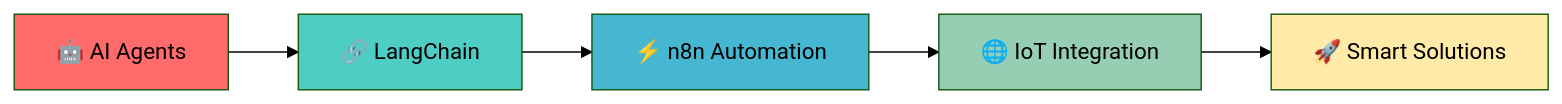
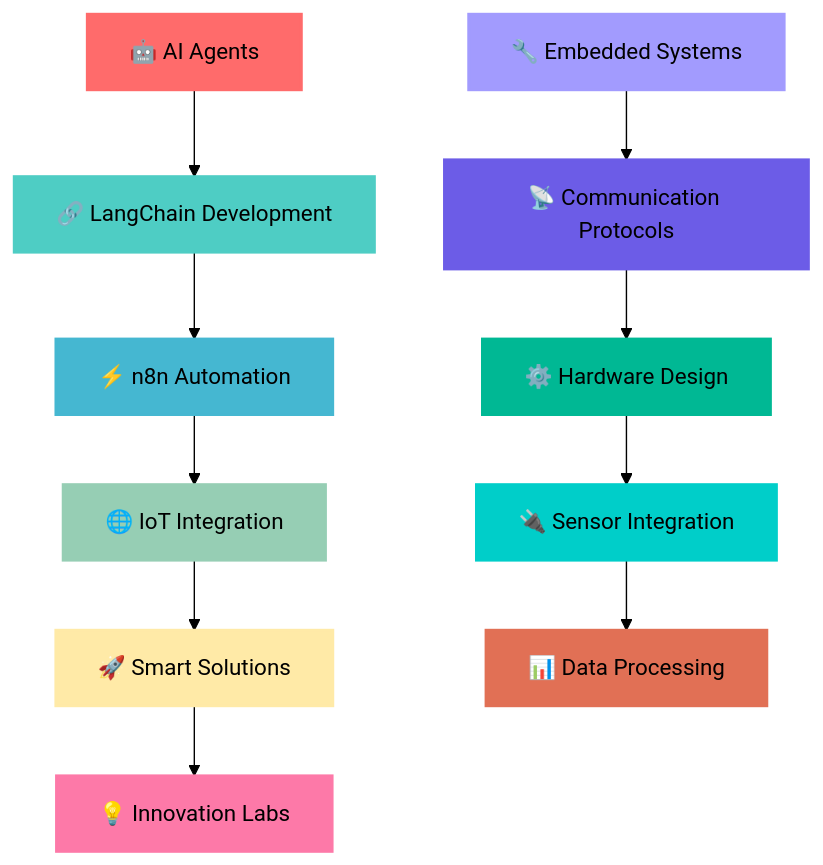
The diagram in README.md (SomanathPattanashetti/About-Me), drawn with Mermaid (forest theme) before and after one commit. The commit also changed other lines of this file, not shown here.

````diff
--- a/README.md
+++ b/README.md
@@ -187,13 +233,25 @@
 ```mermaid
-graph LR
-    A[🤖 AI Agents] --> B[🔗 LangChain]
+graph TD
+    A[🤖 AI Agents] --> B[🔗 LangChain Development]
     B --> C[⚡ n8n Automation]
     C --> D[🌐 IoT Integration]
     D --> E[🚀 Smart Solutions]
+    E --> F[💡 Innovation Labs]
     
-    style A fill:#ff6b6b
-    style B fill:#4ecdc4
-    style C fill:#45b7d1
-    style D fill:#96ceb4
-    style E fill:#ffeaa7
+    G[🔧 Embedded Systems] --> H[📡 Communication Protocols]
+    H --> I[⚙️ Hardware Design]
+    I --> J[🔌 Sensor Integration]
+    J --> K[📊 Data Processing]
+    
+    style A fill:#ff6b6b,stroke:#ff6b6b,stroke-width:2px
+    style B fill:#4ecdc4,stroke:#4ecdc4,stroke-width:2px
+    style C fill:#45b7d1,stroke:#45b7d1,stroke-width:2px
+    style D fill:#96ceb4,stroke:#96ceb4,stroke-width:2px
+    style E fill:#ffeaa7,stroke:#ffeaa7,stroke-width:2px
+    style F fill:#fd79a8,stroke:#fd79a8,stroke-width:2px
+    style G fill:#a29bfe,stroke:#a29bfe,stroke-width:2px
+    style H fill:#6c5ce7,stroke:#6c5ce7,stroke-width:2px
+    style I fill:#00b894,stroke:#00b894,stroke-width:2px
+    style J fill:#00cec9,stroke:#00cec9,stroke-width:2px
+    style K fill:#e17055,stroke:#e17055,stroke-width:2px
 ```
````
